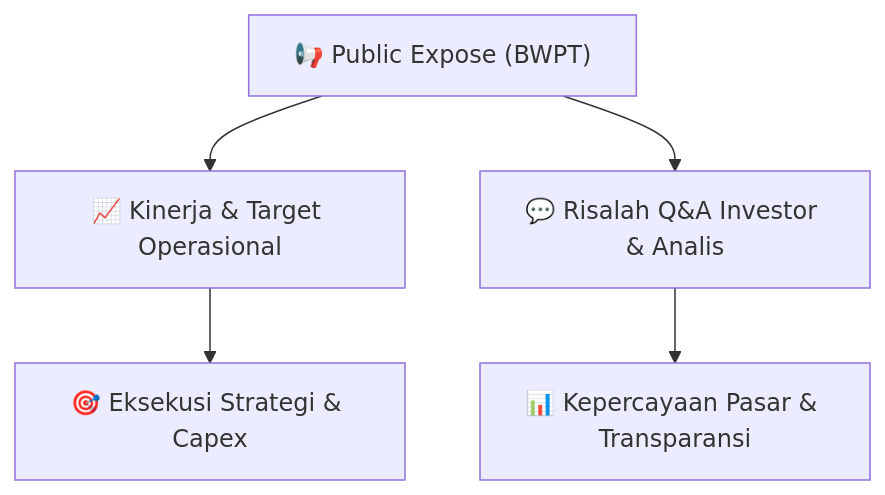
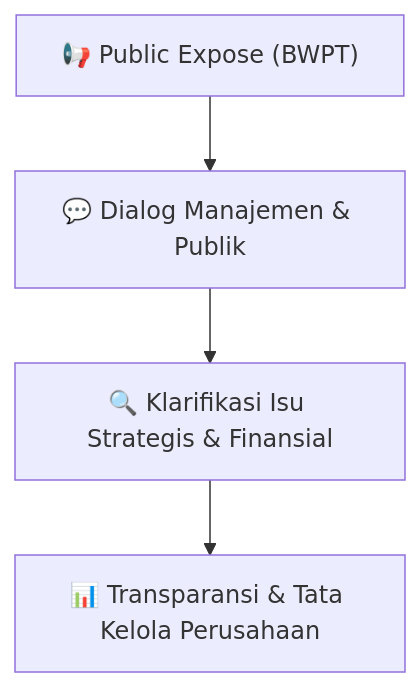
Before and after one commit to anYoneo/alphadigest-idx: the diagram in Finplan_analyst/knowledge-base/public-exposes/hasil-pubex/BWPT_Public_Expose_20260831.md, drawn with Mermaid. The commit also changed other lines of this file and 526 other files, not shown here.

````diff
--- a/Finplan_analyst/knowledge-base/public-exposes/hasil-pubex/BWPT_Public_Expose_20260831.md
+++ b/Finplan_analyst/knowledge-base/public-exposes/hasil-pubex/BWPT_Public_Expose_20260831.md
@@ -15,7 +102,6 @@
 ```mermaid
 flowchart TD
-    A["📢 Public Expose (BWPT)"] --> B["📈 Kinerja & Target Operasional"]
-    A --> C["💬 Risalah Q&A Investor & Analis"]
-    B --> D["🎯 Eksekusi Strategi & Capex"]
-    C --> E["📊 Kepercayaan Pasar & Transparansi"]
+    A["📢 Public Expose (BWPT)"] --> B["💬 Dialog Manajemen & Publik"]
+    B --> C["🔍 Klarifikasi Isu Strategis & Finansial"]
+    C --> D["📊 Transparansi & Tata Kelola Perusahaan"]
 ```
````
